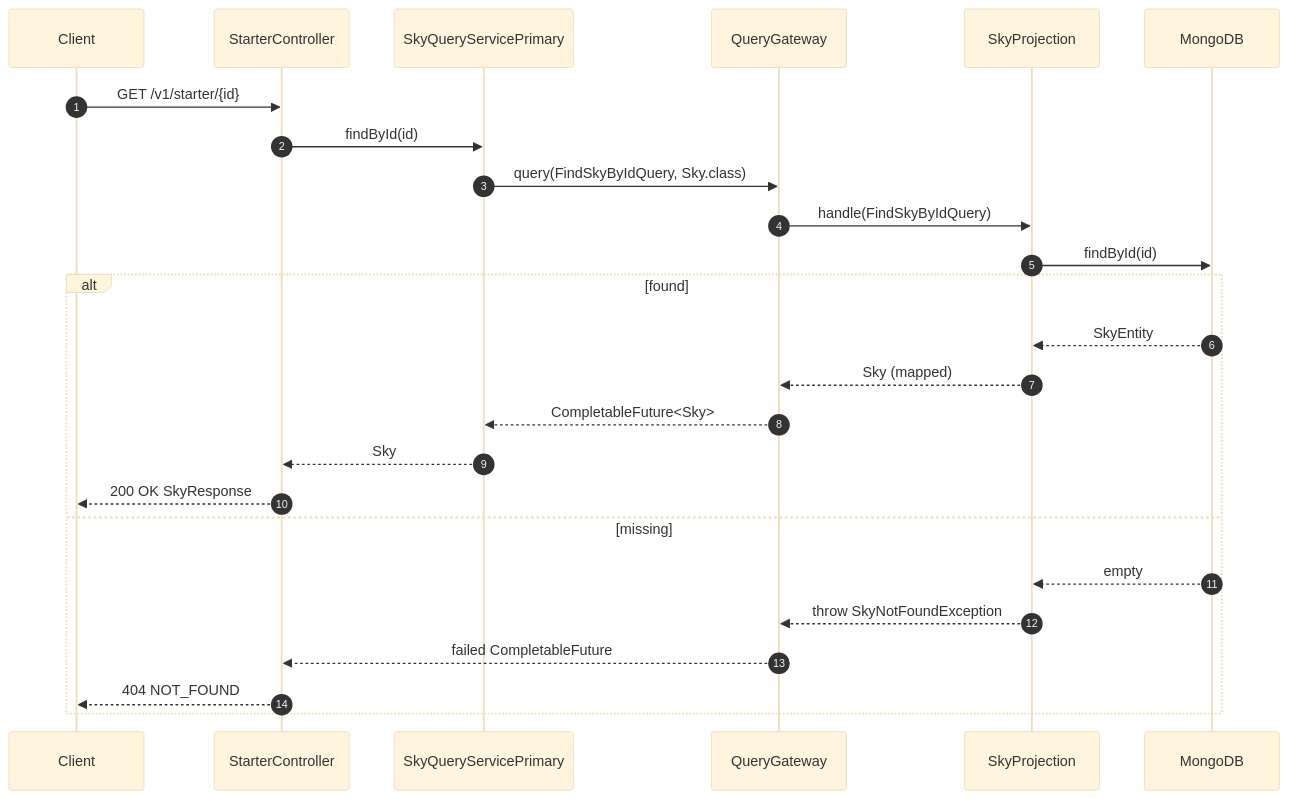
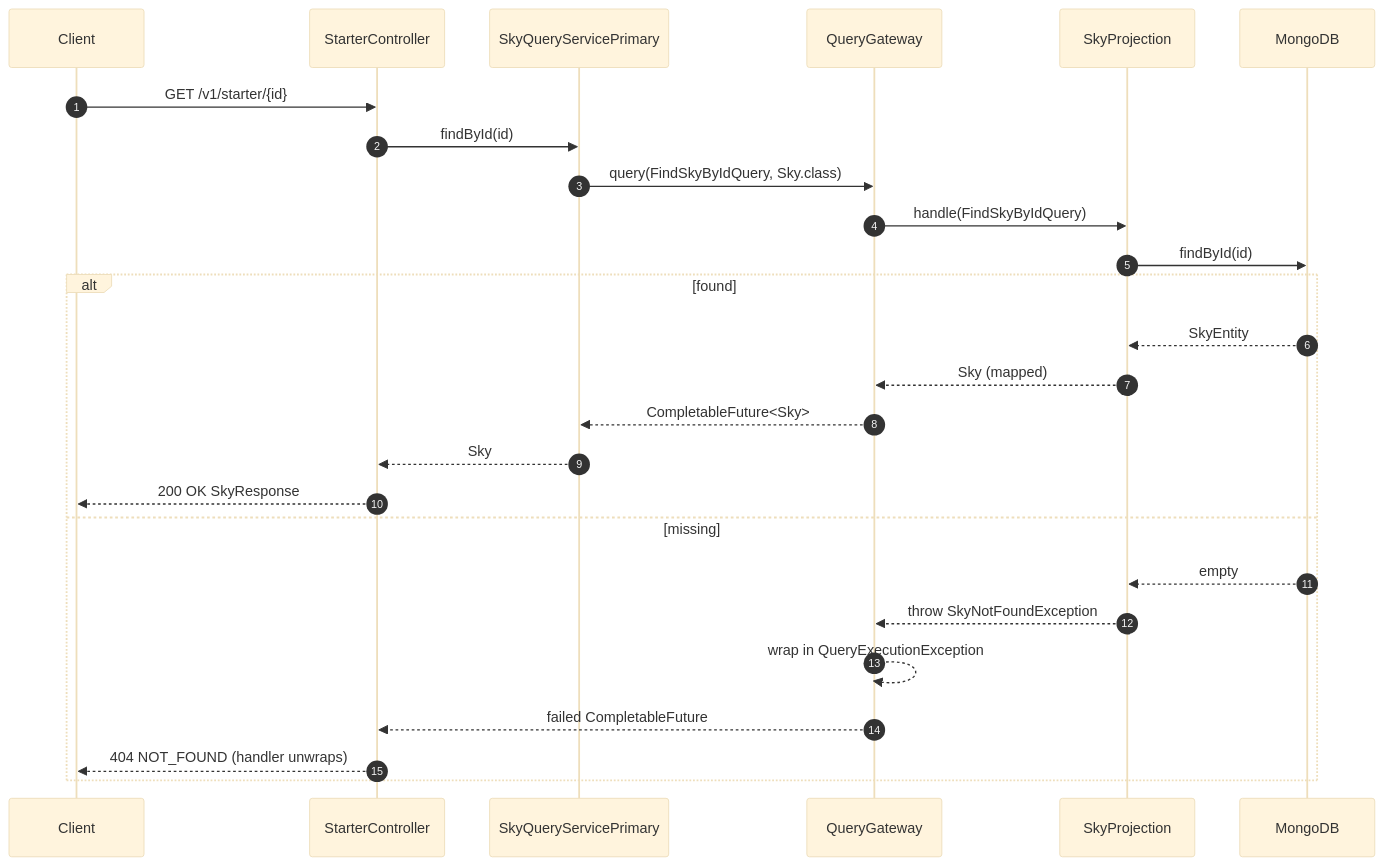
Before and after one commit to Lukk17/SkyStarter: the diagram in docs/architecture/diagrams/05-get-sky-sequence.md, drawn with Mermaid (base theme). The commit also changed other lines of this file and 33 other files, not shown here.

````diff
--- a/docs/architecture/diagrams/05-get-sky-sequence.md
+++ b/docs/architecture/diagrams/05-get-sky-sequence.md
@@ -5,28 +5,29 @@
 ```mermaid
 sequenceDiagram
     autonumber
     participant C as Client
     participant Ctrl as StarterController
     participant QrySvc as SkyQueryServicePrimary
     participant QryGW as QueryGateway
     participant Proj as SkyProjection
     participant Mongo as MongoDB
 
     C->>Ctrl: GET /v1/starter/{id}
     Ctrl->>QrySvc: findById(id)
     QrySvc->>QryGW: query(FindSkyByIdQuery, Sky.class)
     QryGW->>Proj: handle(FindSkyByIdQuery)
     Proj->>Mongo: findById(id)
     alt found
         Mongo-->>Proj: SkyEntity
         Proj-->>QryGW: Sky (mapped)
         QryGW-->>QrySvc: CompletableFuture<Sky>
         QrySvc-->>Ctrl: Sky
         Ctrl-->>C: 200 OK SkyResponse
     else missing
         Mongo-->>Proj: empty
         Proj-->>QryGW: throw SkyNotFoundException
+        QryGW-->>QryGW: wrap in QueryExecutionException
         QryGW-->>Ctrl: failed CompletableFuture
-        Ctrl-->>C: 404 NOT_FOUND
+        Ctrl-->>C: 404 NOT_FOUND (handler unwraps)
     end
 ```
````
